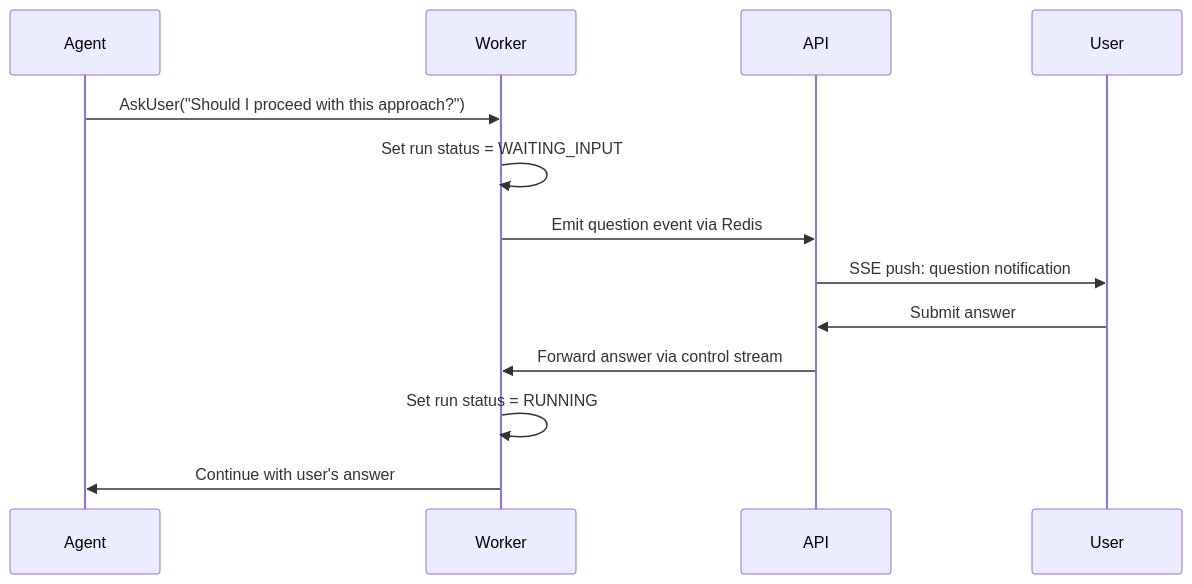
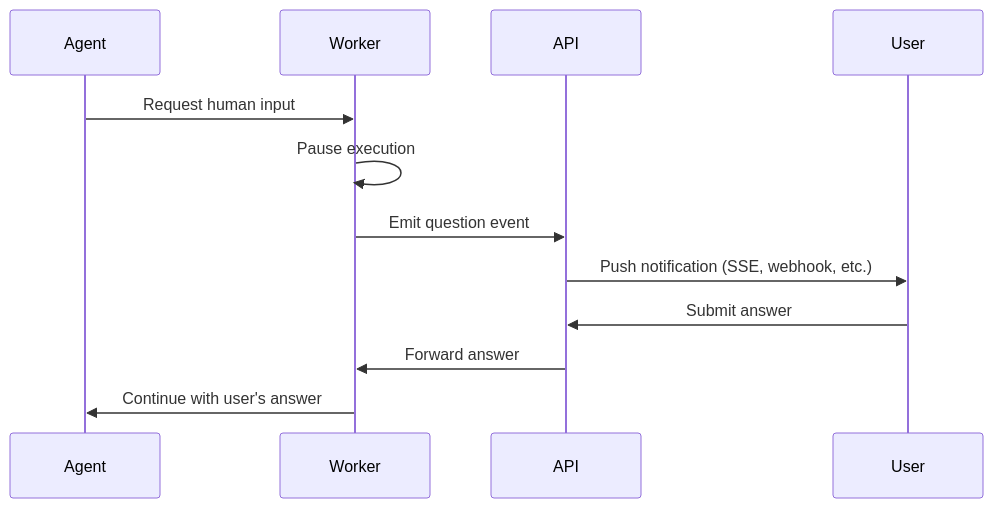
Before and after one commit to Cloudgeni-ai/infrastructure-agents-guide: the diagram in 08-policy-guardrails.md, drawn with Mermaid. The commit also changed other lines of this file and 7 other files, not shown here.

````diff
--- a/08-policy-guardrails.md
+++ b/08-policy-guardrails.md
@@ -182,18 +124,17 @@
 ```mermaid
 sequenceDiagram
     participant Agent
     participant Worker
     participant API
     participant User
 
-    Agent->>Worker: AskUser("Should I proceed with this approach?")
-    Worker->>Worker: Set run status = WAITING_INPUT
-    Worker->>API: Emit question event via Redis
+    Agent->>Worker: Request human input
+    Worker->>Worker: Pause execution
+    Worker->>API: Emit question event
 
-    API->>User: SSE push: question notification
+    API->>User: Push notification (SSE, webhook, etc.)
     User->>API: Submit answer
-    API->>Worker: Forward answer via control stream
+    API->>Worker: Forward answer
 
-    Worker->>Worker: Set run status = RUNNING
     Worker->>Agent: Continue with user's answer
 ```
````
